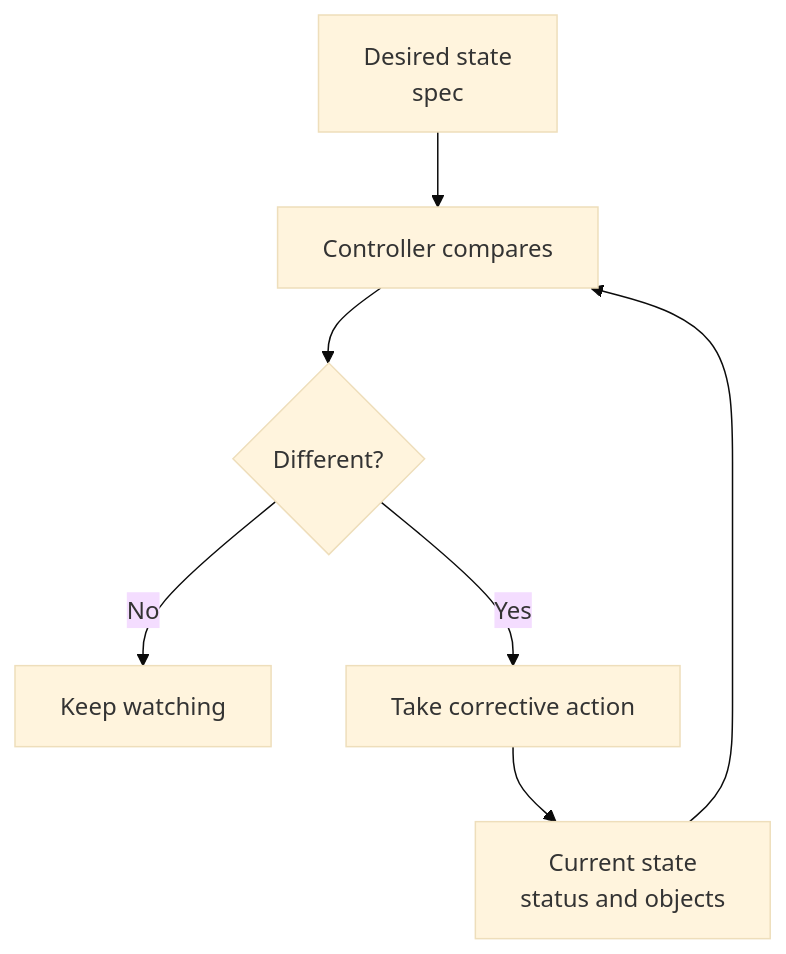
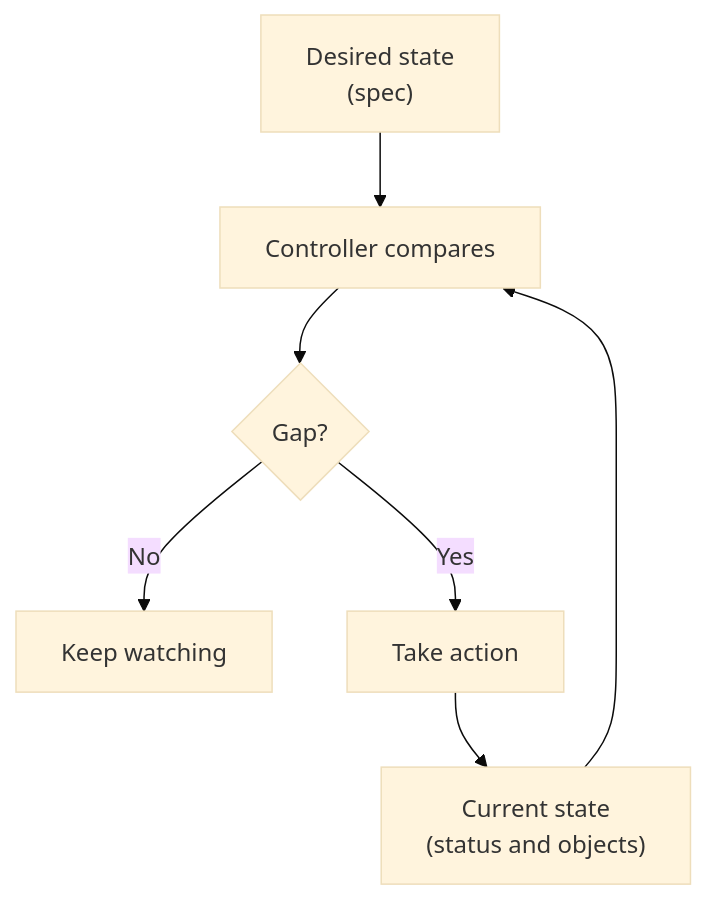
The first of 2 diagrams in containers-orchestration/kubernetes/fundamentals/desired-state-and-reconciliation.md (senlinyy/dev-roadmaps), drawn with Mermaid (base theme) before and after one commit. The commit also changed other lines of this file and 418 other files, not shown here.

````diff
--- a/containers-orchestration/kubernetes/fundamentals/desired-state-and-reconciliation.md
+++ b/containers-orchestration/kubernetes/fundamentals/desired-state-and-reconciliation.md
@@ -30,9 +40,9 @@
 ```mermaid
 flowchart TD
-    A["Desired state<br/>spec"] --> B["Controller compares"]
-    C["Current state<br/>status and objects"] --> B
-    B --> D{"Different?"}
+    A["Desired state<br/>(spec)"] --> B["Controller compares"]
+    C["Current state<br/>(status and objects)"] --> B
+    B --> D{"Gap?"}
     D -->|"No"| E["Keep watching"]
-    D -->|"Yes"| F["Take corrective action"]
+    D -->|"Yes"| F["Take action"]
     F --> C
 ```
````
